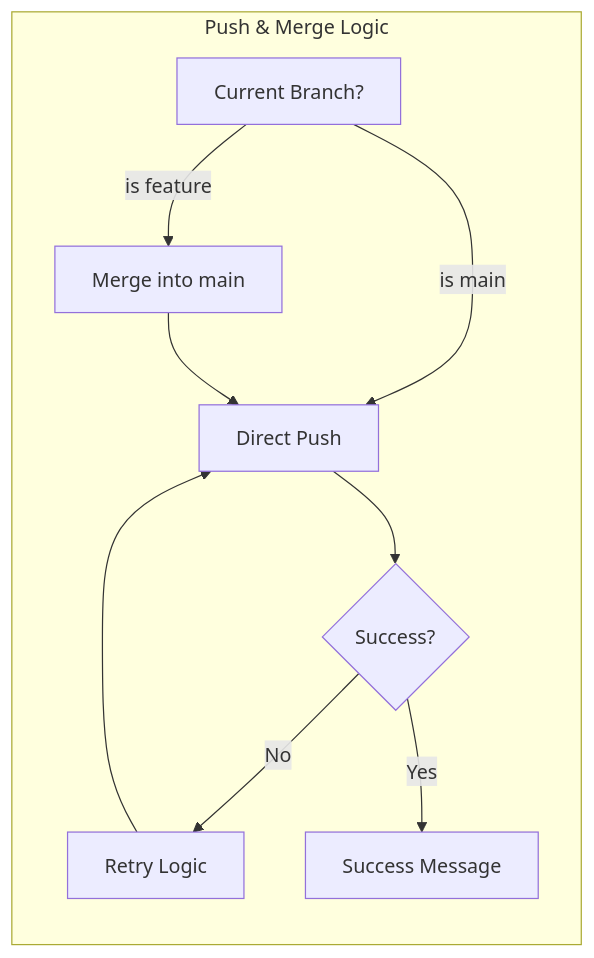
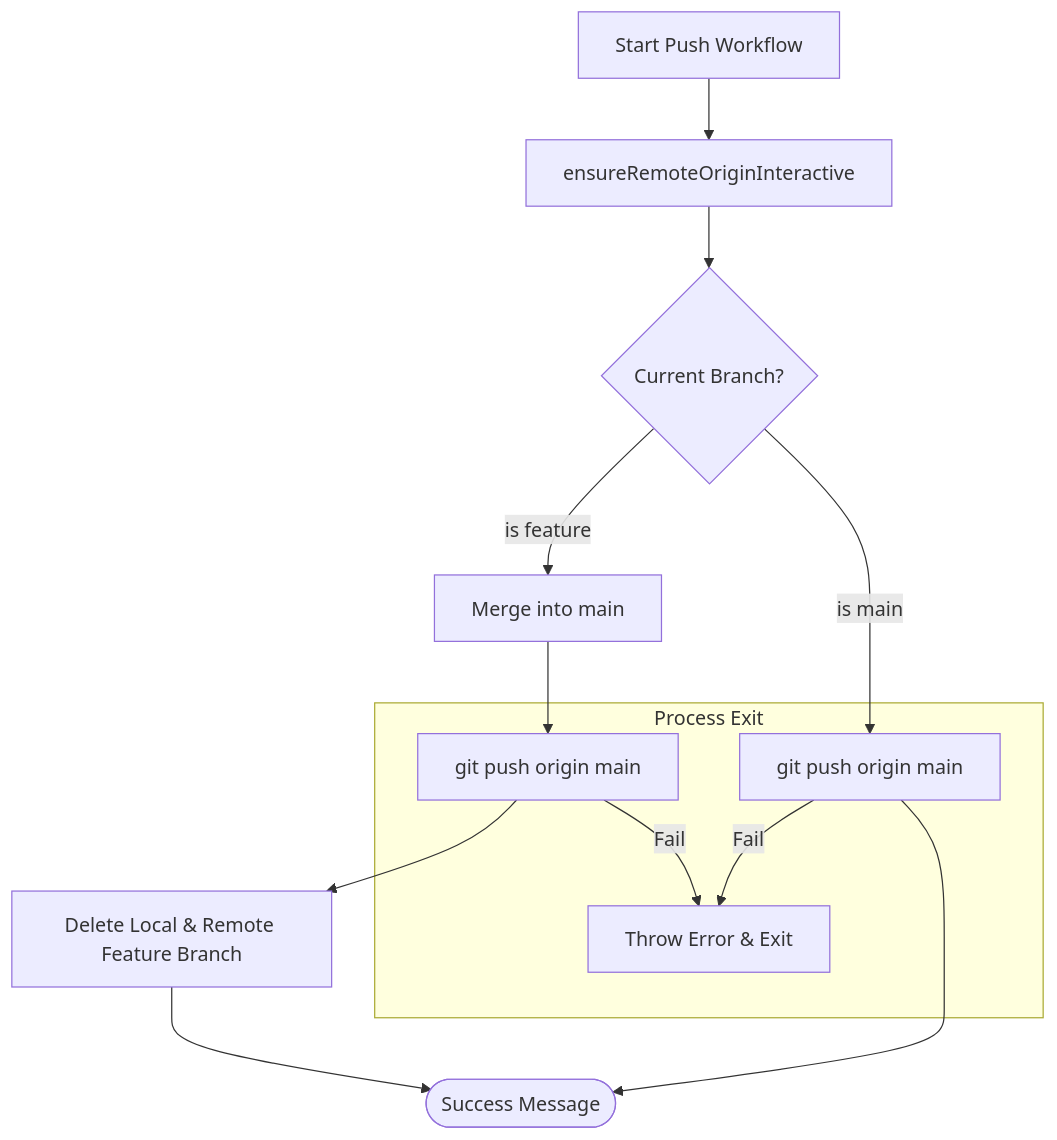
One commit to gunjanghate/GitGenie changed the third of 3 diagrams in Readme.md. Above: the diagram before and after it, drawn with Mermaid. The commit also changed other lines of this file, not shown here.

````diff
--- a/Readme.md
+++ b/Readme.md
@@ -341,12 +357,19 @@
 ```mermaid
-graph LR
-    subgraph "Push & Merge Logic"
-    Check[Current Branch?] -->|is main| P[Direct Push]
-    Check -->|is feature| M[Merge into main]
-    M --> P
-    P --> Retry{Success?}
-    Retry -- No --> R[Retry Logic]
-    R --> P
-    Retry -- Yes --> Exit[Success Message]
+graph TD
+    PushStart[Start Push Workflow] --> RemoteCheck[ensureRemoteOriginInteractive]
+    RemoteCheck --> BranchLoc{Current Branch?}
+    
+    BranchLoc -- is main --> Direct[git push origin main]
+    
+    BranchLoc -- is feature --> Merge[Merge into main]
+    Merge --> P[git push origin main]
+    P --> Cleanup[Delete Local & Remote Feature Branch]
+    
+    Direct --> Final([Success Message])
+    Cleanup --> Final
+    
+    subgraph Error_State [Process Exit]
+    Direct -- Fail --> Err[Throw Error & Exit]
+    P -- Fail --> Err
     end
 ```
````
